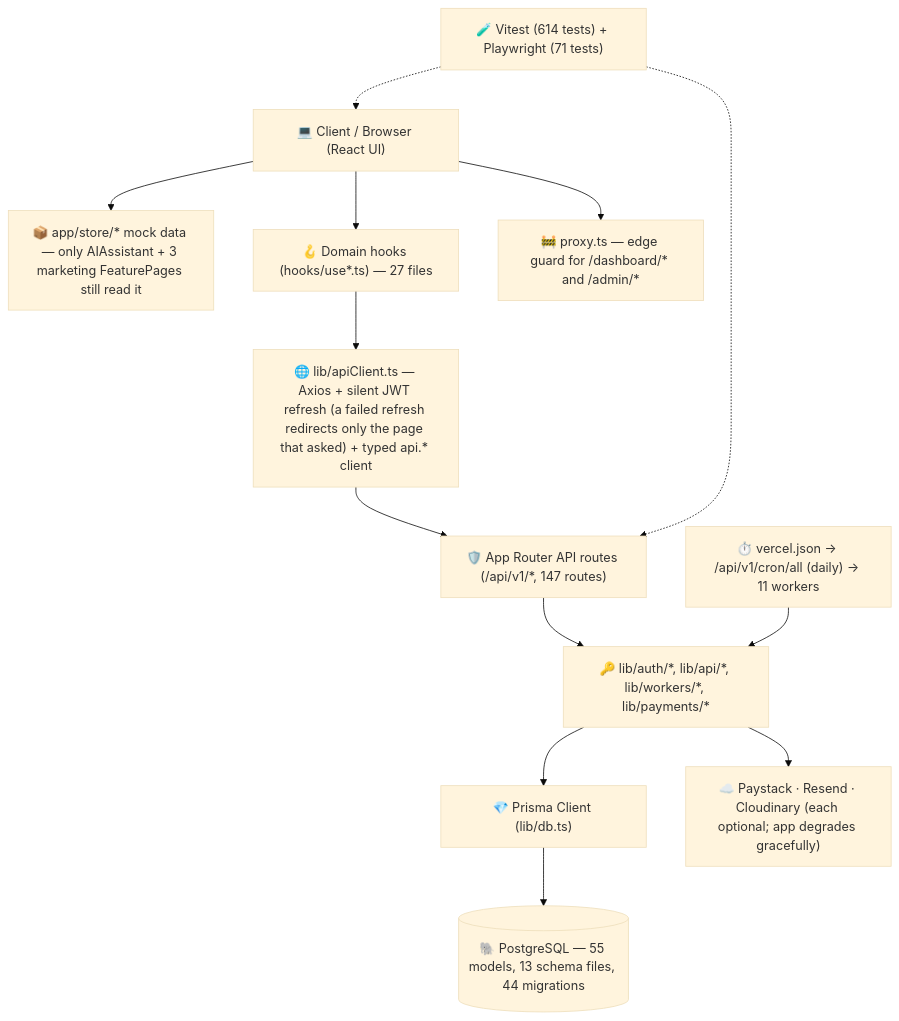
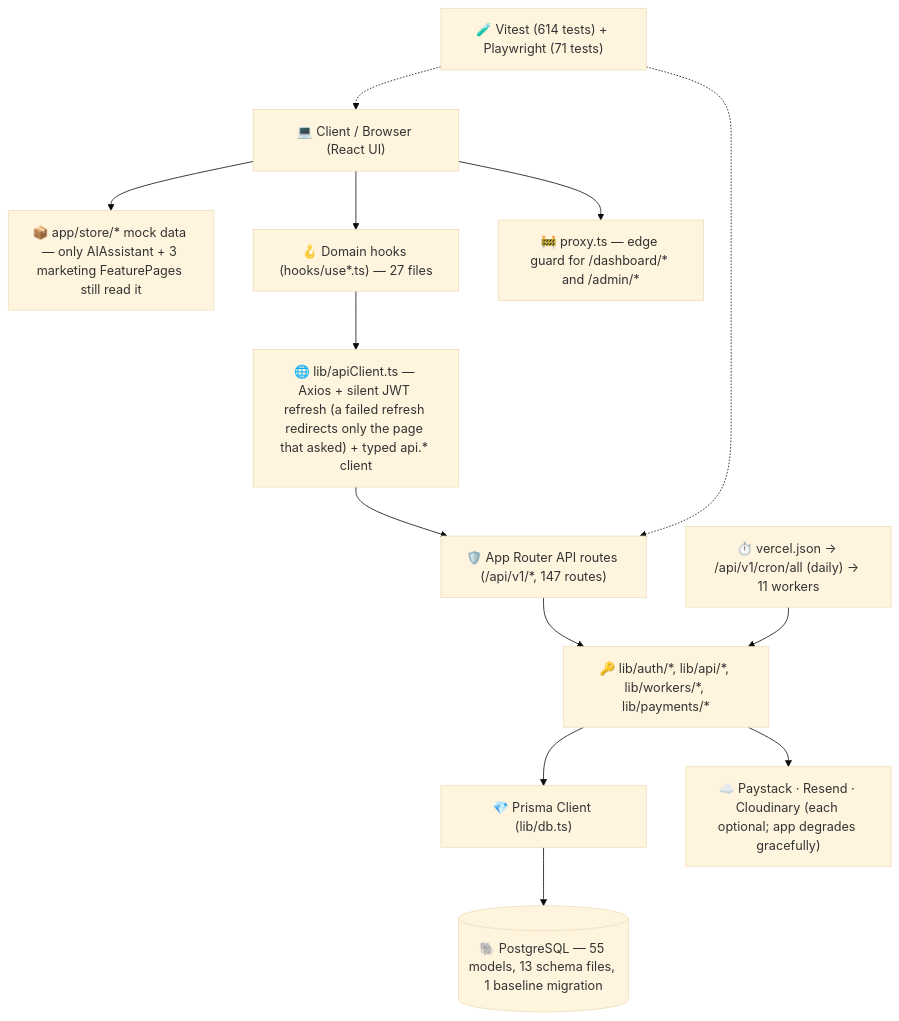
Before and after one commit to Proplity/proplity: the diagram in PROJECT_STRUCTURE.md, drawn with Mermaid (base theme). The commit also changed other lines of this file and 49 other files, not shown here.

First line of the commit message:
chore: squash the 45 migrations into one baseline

````diff
--- a/PROJECT_STRUCTURE.md
+++ b/PROJECT_STRUCTURE.md
@@ -11,28 +11,28 @@
 ```mermaid
 graph TD
     Client["💻 Client / Browser (React UI)"]
     Store["📦 app/store/* mock data — only AIAssistant + 3 marketing FeaturePages still read it"]
     Hooks["🪝 Domain hooks (hooks/use*.ts) — 27 files"]
     ApiClient["🌐 lib/apiClient.ts — Axios + silent JWT refresh (a failed refresh redirects only the page that asked) + typed api.* client"]
     Proxy["🚧 proxy.ts — edge guard for /dashboard/* and /admin/*"]
     NextApi["🛡️ App Router API routes (/api/v1/*, 147 routes)"]
     LibCore["🔑 lib/auth/*, lib/api/*, lib/workers/*, lib/payments/*"]
     PrismaClient["💎 Prisma Client (lib/db.ts)"]
-    Postgres[("🐘 PostgreSQL — 55 models, 13 schema files, 44 migrations")]
+    Postgres[("🐘 PostgreSQL — 55 models, 13 schema files, 1 baseline migration")]
     Cron["⏱️ vercel.json → /api/v1/cron/all (daily) → 11 workers"]
     Ext["☁️ Paystack · Resend · Cloudinary (each optional; app degrades gracefully)"]
     Tests["🧪 Vitest (614 tests) + Playwright (71 tests)"]
 
     Client --> Store
     Client --> Proxy
     Client --> Hooks
     Hooks --> ApiClient
     ApiClient --> NextApi
     NextApi --> LibCore
     LibCore --> PrismaClient
     LibCore --> Ext
     Cron --> LibCore
     PrismaClient --> Postgres
     Tests -.-> NextApi
     Tests -.-> Client
 ```
````
